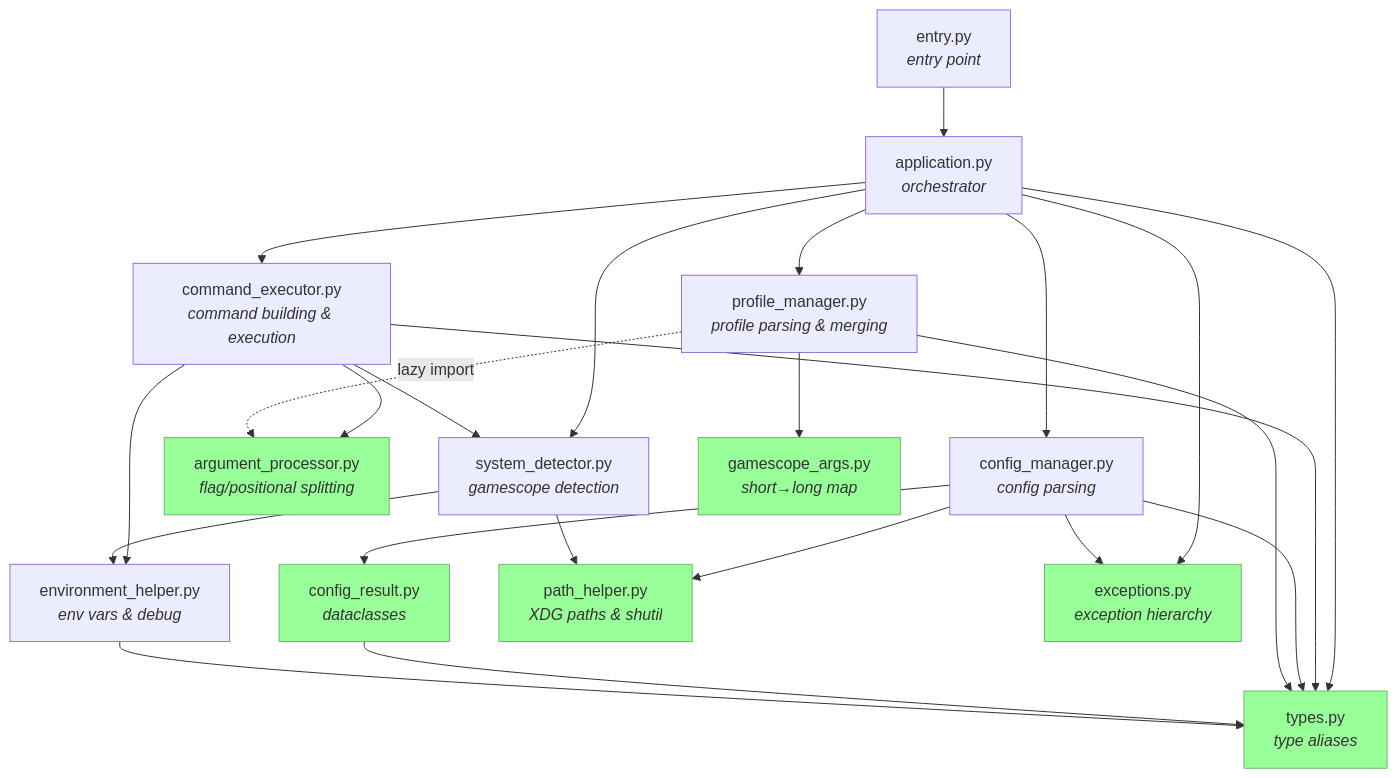
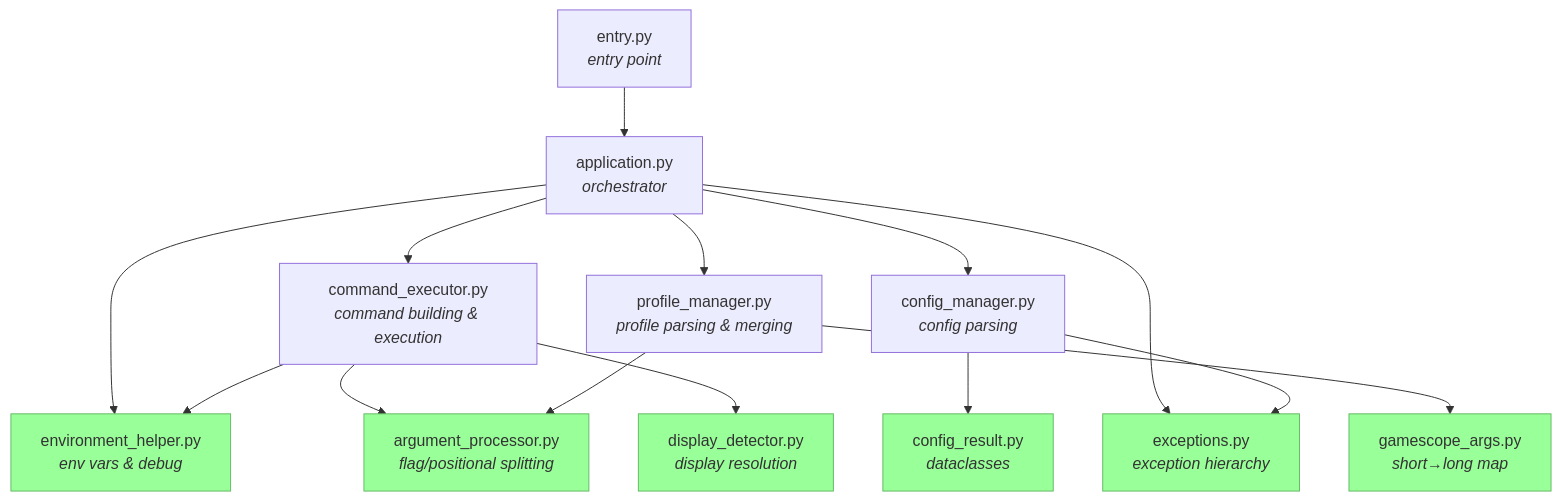
The first of 6 diagrams in DESIGN.md (WombatFromHell/neoscopebuddy), drawn with Mermaid before and after one commit. The commit also changed other lines of this file and 26 other files, not shown here.

````diff
--- a/DESIGN.md
+++ b/DESIGN.md
@@ -11,51 +11,38 @@
 ```mermaid
 graph TD
     entry["entry.py<br/><i>entry point</i>"]
     application["application.py<br/><i>orchestrator</i>"]
     command_executor["command_executor.py<br/><i>command building &amp; execution</i>"]
+    display_detector["display_detector.py<br/><i>display resolution</i>"]
     config_manager["config_manager.py<br/><i>config parsing</i>"]
     config_result["config_result.py<br/><i>dataclasses</i>"]
     profile_manager["profile_manager.py<br/><i>profile parsing &amp; merging</i>"]
     argument_processor["argument_processor.py<br/><i>flag/positional splitting</i>"]
-    system_detector["system_detector.py<br/><i>gamescope detection</i>"]
     environment_helper["environment_helper.py<br/><i>env vars &amp; debug</i>"]
-    path_helper["path_helper.py<br/><i>XDG paths &amp; shutil</i>"]
     gamescope_args["gamescope_args.py<br/><i>short→long map</i>"]
-    types["types.py<br/><i>type aliases</i>"]
     exceptions["exceptions.py<br/><i>exception hierarchy</i>"]
 
     entry --> application
     application --> command_executor
     application --> config_manager
     application --> profile_manager
-    application --> system_detector
     application --> exceptions
-    application --> types
+    application --> environment_helper
 
     command_executor --> environment_helper
-    command_executor --> system_detector
     command_executor --> argument_processor
-    command_executor --> types
+    command_executor --> display_detector
 
     config_manager --> config_result
-    config_manager --> path_helper
     config_manager --> exceptions
-    config_manager --> types
 
     profile_manager --> gamescope_args
-    profile_manager --> types
-    profile_manager -. "lazy import" .-> argument_processor
+    profile_manager --> argument_processor
 
-    system_detector --> environment_helper
-    system_detector --> path_helper
-
-    config_result --> types
-    environment_helper --> types
-
-    style types fill:#9f9,stroke:#6b6
+    style environment_helper fill:#9f9,stroke:#6b6
     style exceptions fill:#9f9,stroke:#6b6
-    style path_helper fill:#9f9,stroke:#6b6
     style gamescope_args fill:#9f9,stroke:#6b6
+    style display_detector fill:#9f9,stroke:#6b6
     style argument_processor fill:#9f9,stroke:#6b6
     style config_result fill:#9f9,stroke:#6b6
 ```
````
